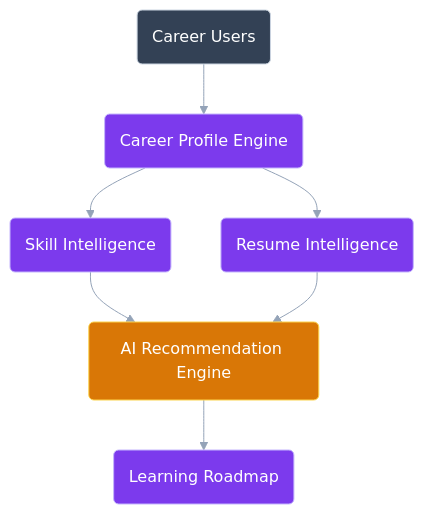
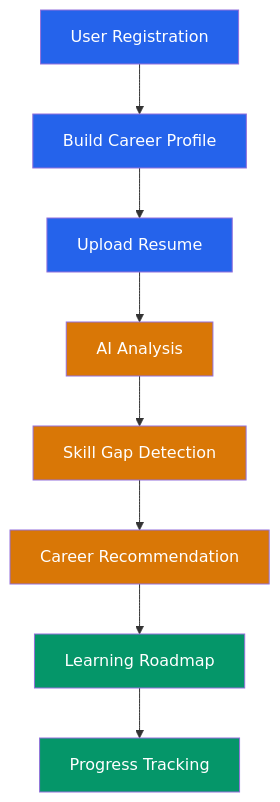
One commit to kupiMZS/CareerIQ-AI changed the second of 5 diagrams in documentation/01-project-overview.md. Above: the diagram before and after it, drawn with Mermaid. The commit also changed other lines of this file and 9 other files, not shown here.

Commit message:
docs: finalize complete system documentation and architecture foundation

````diff
--- a/documentation/01-project-overview.md
+++ b/documentation/01-project-overview.md
@@ -411,59 +1103,59 @@
 ```mermaid
-%%{init:{
-'theme':'base',
-'themeVariables':{
-'fontFamily':'Inter',
-'lineColor':'#94A3B8'
-}
-}}%%
-
-
 flowchart TB
 
 
-USER("Career Users")
+START["User Registration"]
 
 
-PROFILE("Career Profile Engine")
+PROFILE["Build Career Profile"]
 
 
-RESUME("Resume Intelligence")
+RESUME["Upload Resume"]
 
 
-SKILL("Skill Intelligence")
+AI["AI Analysis"]
 
 
-AI("AI Recommendation Engine")
+SKILL["Skill Gap Detection"]
 
 
-ROADMAP("Learning Roadmap")
+CAREER["Career Recommendation"]
 
 
-USER --> PROFILE
+ROADMAP["Learning Roadmap"]
+
+
+TRACK["Progress Tracking"]
+
+
+
+START --> PROFILE
 
 PROFILE --> RESUME
 
-PROFILE --> SKILL
-
-SKILL --> AI
-
 RESUME --> AI
 
-AI --> ROADMAP
+AI --> SKILL
+
+SKILL --> CAREER
+
+CAREER --> ROADMAP
+
+ROADMAP --> TRACK
 
 
 
-classDef user fill:#334155,stroke:#CBD5E1,color:#FFFFFF;
+classDef user fill:#2563EB,color:white;
 
-classDef module fill:#7C3AED,stroke:#C4B5FD,color:#FFFFFF;
+classDef ai fill:#D97706,color:white;
 
-classDef ai fill:#D97706,stroke:#FCD34D,color:#FFFFFF;
+classDef output fill:#059669,color:white;
 
 
-class USER user;
+class START,PROFILE,RESUME user;
 
-class PROFILE,RESUME,SKILL,ROADMAP module;
+class AI,SKILL,CAREER ai;
 
-class AI ai;
+class ROADMAP,TRACK output;
 
 ```
````
